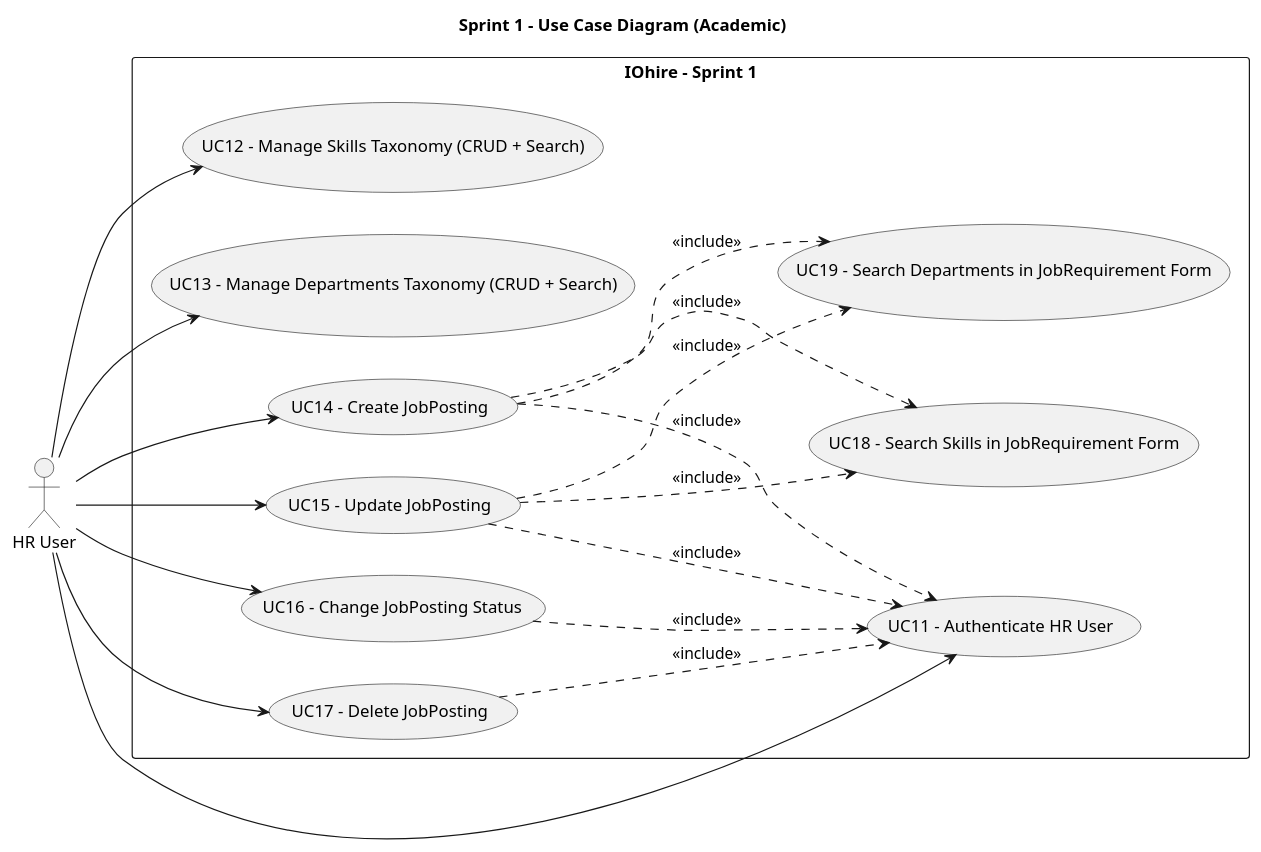
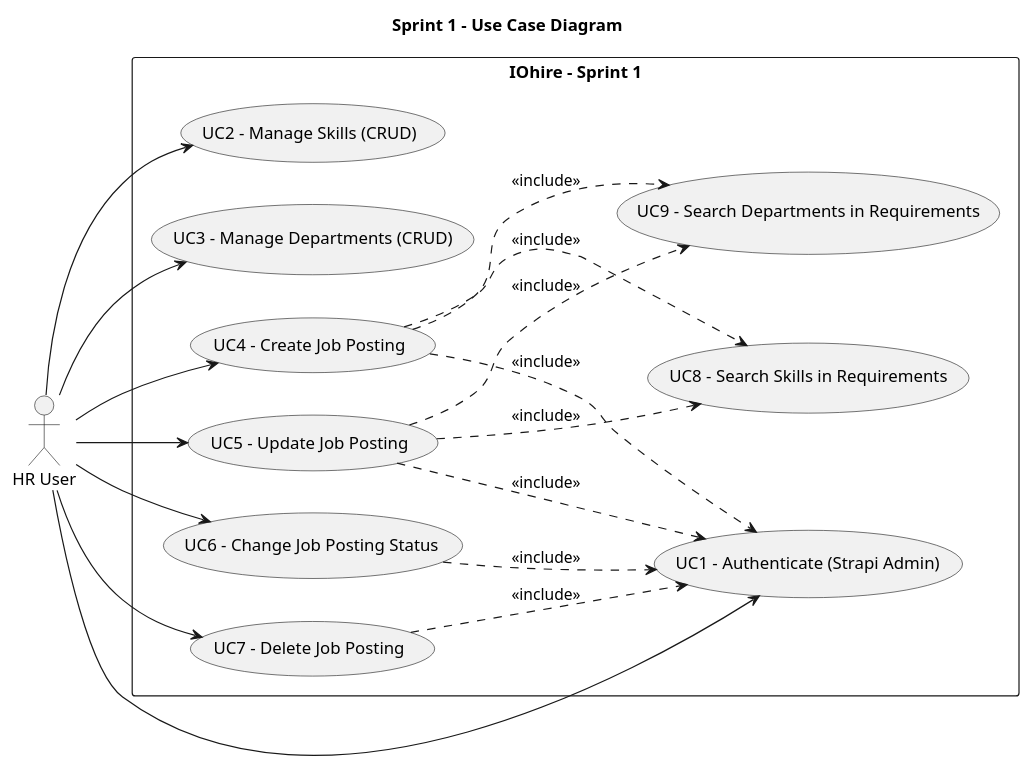
One commit to OussamaRhimi/IOhire changed the diagram in docs/uml/sprint1_usecase.puml. Above: the diagram before and after it, drawn with PlantUML. The commit also changed 35 other files, not shown here.

```diff
--- a/docs/uml/sprint1_usecase.puml
+++ b/docs/uml/sprint1_usecase.puml
@@ -1,38 +1,38 @@
 @startuml
-title Sprint 1 - Use Case Diagram (Academic)
+title Sprint 1 - Use Case Diagram
 left to right direction
 skinparam packageStyle rectangle
 skinparam shadowing false
 
 actor "HR User" as HR
 
 rectangle "IOhire - Sprint 1" {
-  usecase "UC11 - Authenticate HR User" as UC11
-  usecase "UC12 - Manage Skills Taxonomy (CRUD + Search)" as UC12
-  usecase "UC13 - Manage Departments Taxonomy (CRUD + Search)" as UC13
-  usecase "UC14 - Create JobPosting" as UC14
-  usecase "UC15 - Update JobPosting" as UC15
-  usecase "UC16 - Change JobPosting Status" as UC16
-  usecase "UC17 - Delete JobPosting" as UC17
-  usecase "UC18 - Search Skills in JobRequirement Form" as UC18
-  usecase "UC19 - Search Departments in JobRequirement Form" as UC19
+  usecase "UC1 - Authenticate (Strapi Admin)" as UC1
+  usecase "UC2 - Manage Skills (CRUD)" as UC2
+  usecase "UC3 - Manage Departments (CRUD)" as UC3
+  usecase "UC4 - Create Job Posting" as UC4
+  usecase "UC5 - Update Job Posting" as UC5
+  usecase "UC6 - Change Job Posting Status" as UC6
+  usecase "UC7 - Delete Job Posting" as UC7
+  usecase "UC8 - Search Skills in Requirements" as UC8
+  usecase "UC9 - Search Departments in Requirements" as UC9
 }
 
-HR --> UC11
-HR --> UC12
-HR --> UC13
-HR --> UC14
-HR --> UC15
-HR --> UC16
-HR --> UC17
+HR --> UC1
+HR --> UC2
+HR --> UC3
+HR --> UC4
+HR --> UC5
+HR --> UC6
+HR --> UC7
 
-UC14 ..> UC11 : <<include>>
-UC14 ..> UC18 : <<include>>
-UC14 ..> UC19 : <<include>>
-UC15 ..> UC11 : <<include>>
-UC15 ..> UC18 : <<include>>
-UC15 ..> UC19 : <<include>>
-UC16 ..> UC11 : <<include>>
-UC17 ..> UC11 : <<include>>
+UC4 ..> UC1 : <<include>>
+UC4 ..> UC8 : <<include>>
+UC4 ..> UC9 : <<include>>
+UC5 ..> UC1 : <<include>>
+UC5 ..> UC8 : <<include>>
+UC5 ..> UC9 : <<include>>
+UC6 ..> UC1 : <<include>>
+UC7 ..> UC1 : <<include>>
 
 @enduml
```
